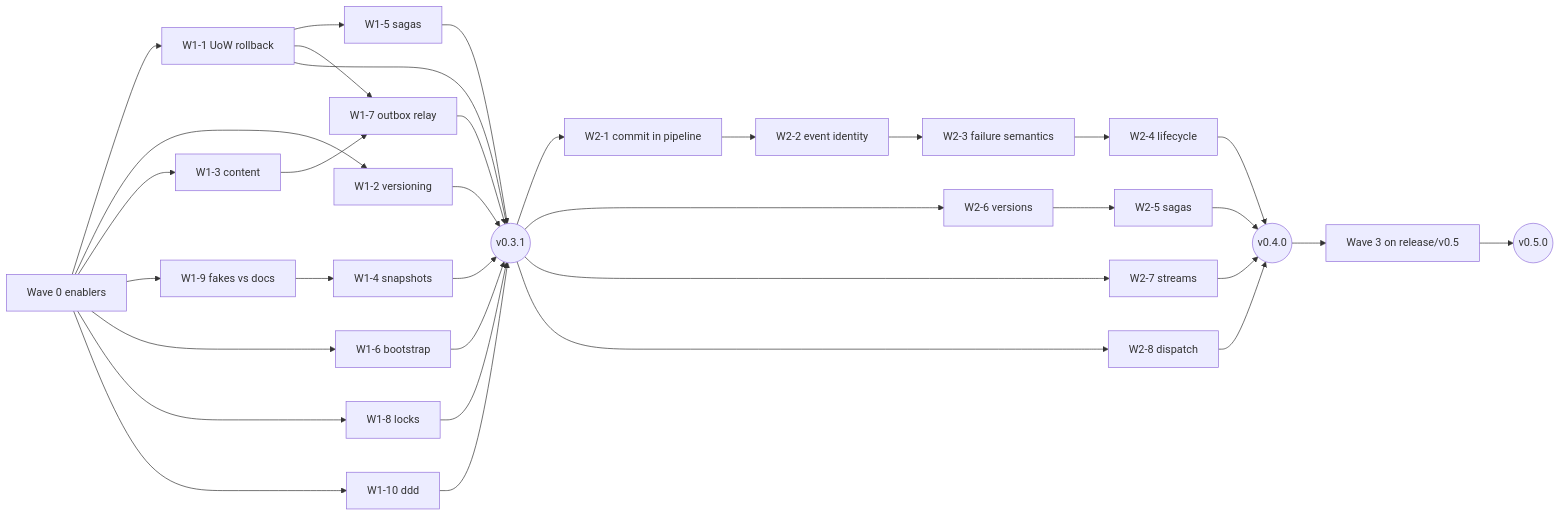
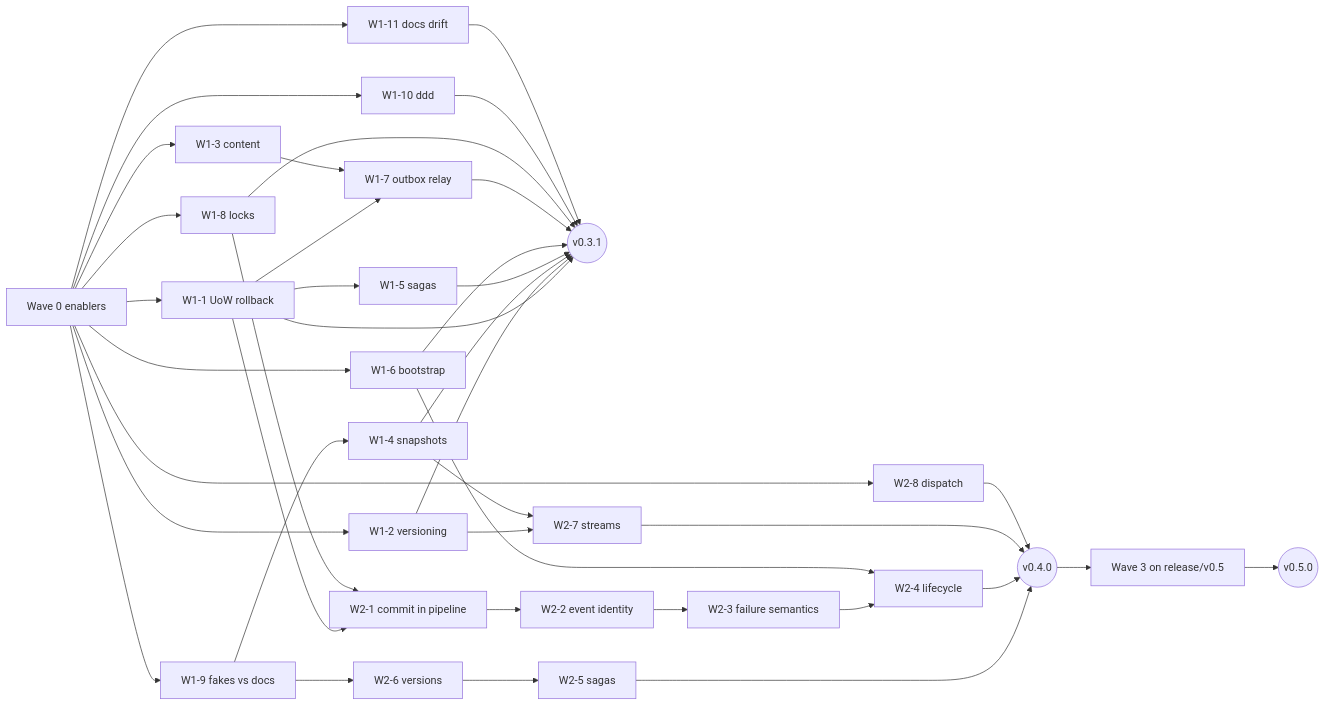
The diagram in docs/others/bug-fix-plan.md (mgourlis/pydomain), drawn with Mermaid before and after one commit. The commit also changed other lines of this file and 4 other files, not shown here.

````diff
--- a/docs/others/bug-fix-plan.md
+++ b/docs/others/bug-fix-plan.md
@@ -557,35 +557,40 @@
 ```mermaid
 flowchart LR
   W0[Wave 0 enablers] --> W1-1[W1-1 UoW rollback]
   W0 --> W1-2[W1-2 versioning]
   W0 --> W1-3[W1-3 content]
   W0 --> W1-9[W1-9 fakes vs docs]
   W1-9 --> W1-4[W1-4 snapshots]
   W1-1 --> W1-5[W1-5 sagas]
   W1-1 --> W1-7[W1-7 outbox relay]
   W1-3 --> W1-7
   W0 --> W1-6[W1-6 bootstrap]
   W0 --> W1-8[W1-8 locks]
   W0 --> W1-10[W1-10 ddd]
   W1-1 --> R031((v0.3.1))
   W1-2 --> R031
   W1-4 --> R031
   W1-5 --> R031
   W1-6 --> R031
   W1-7 --> R031
   W1-8 --> R031
   W1-10 --> R031
-  R031 --> W2-1[W2-1 commit in pipeline]
+  W1-1 --> W2-1[W2-1 commit in pipeline]
+  W1-8 --> W2-1
   W2-1 --> W2-2[W2-2 event identity]
   W2-2 --> W2-3[W2-3 failure semantics]
   W2-3 --> W2-4[W2-4 lifecycle]
-  R031 --> W2-6[W2-6 versions]
+  W1-9 --> W2-6[W2-6 versions]
   W2-6 --> W2-5[W2-5 sagas]
-  R031 --> W2-7[W2-7 streams]
-  R031 --> W2-8[W2-8 dispatch]
+  W1-2 --> W2-7[W2-7 streams]
+  W1-4 --> W2-7
+  W0 --> W2-8[W2-8 dispatch]
+  W0 --> W1-11[W1-11 docs drift]
+  W1-11 --> R031
+  W1-6 --> W2-4
   W2-5 --> R040((v0.4.0))
   W2-4 --> R040
   W2-7 --> R040
   W2-8 --> R040
   R040 --> W3[Wave 3 on release/v0.5] --> R050((v0.5.0))
 ```
````
